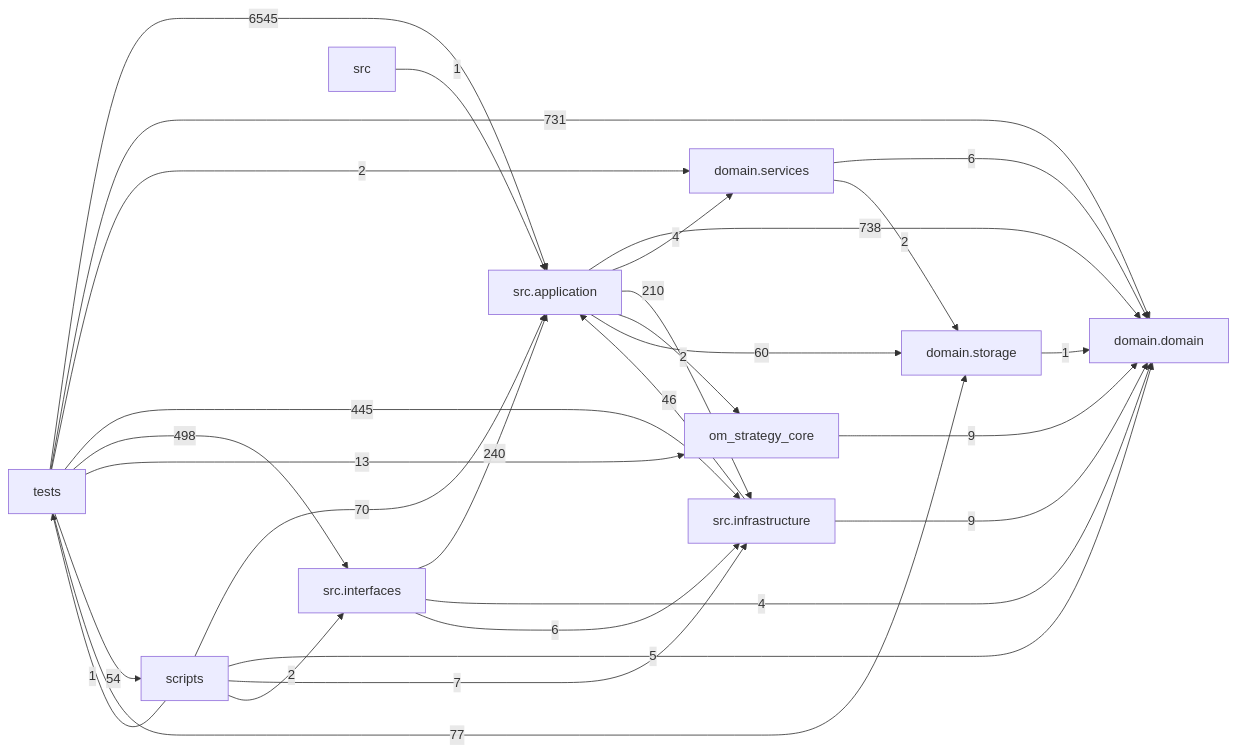
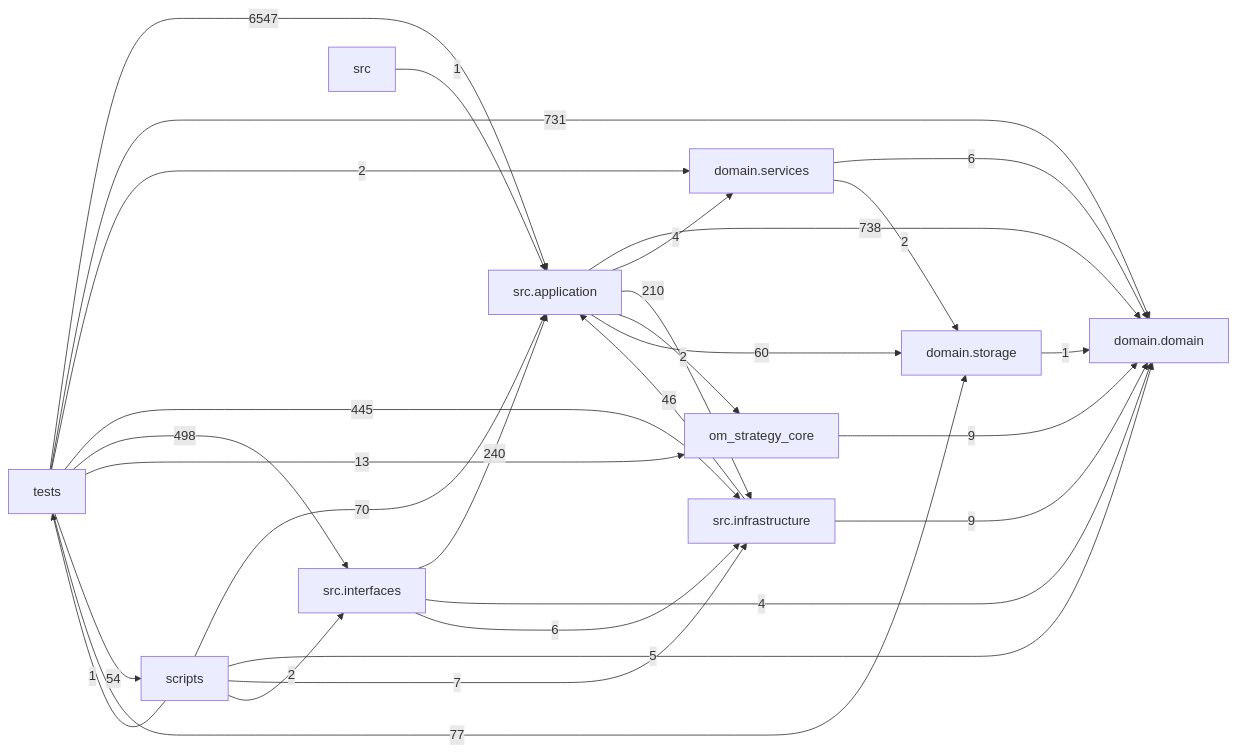
Before and after one commit to liuxie066/options-monitor: the diagram in docs/DEPENDENCY_GRAPH.md, drawn with Mermaid. The commit also changed other lines of this file and 3 other files, not shown here.

````diff
--- a/docs/DEPENDENCY_GRAPH.md
+++ b/docs/DEPENDENCY_GRAPH.md
@@ -24,39 +24,39 @@
 ```mermaid
 flowchart LR
   tests["tests"]
   scripts["scripts"]
   interfaces["src.interfaces"]
   application["src.application"]
   infrastructure["src.infrastructure"]
   domain_services["domain.services"]
   domain["domain.domain"]
   storage["domain.storage"]
   application -->|738| domain
   application -->|4| domain_services
   application -->|210| infrastructure
   application -->|2| om_strategy_core
   application -->|60| storage
   domain_services -->|6| domain
   domain_services -->|2| storage
   infrastructure -->|46| application
   infrastructure -->|9| domain
   interfaces -->|240| application
   interfaces -->|4| domain
   interfaces -->|6| infrastructure
   om_strategy_core -->|9| domain
   scripts -->|70| application
   scripts -->|5| domain
   scripts -->|7| infrastructure
   scripts -->|2| interfaces
   scripts -->|1| tests
   src -->|1| application
   storage -->|1| domain
-  tests -->|6545| application
+  tests -->|6547| application
   tests -->|731| domain
   tests -->|2| domain_services
   tests -->|445| infrastructure
   tests -->|498| interfaces
   tests -->|13| om_strategy_core
   tests -->|54| scripts
   tests -->|77| storage
 ```
````
